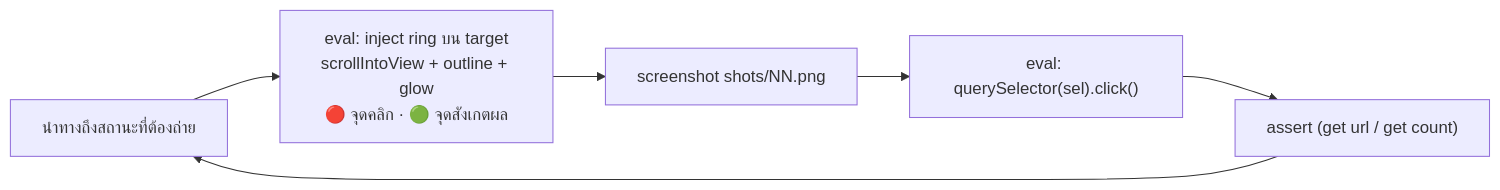
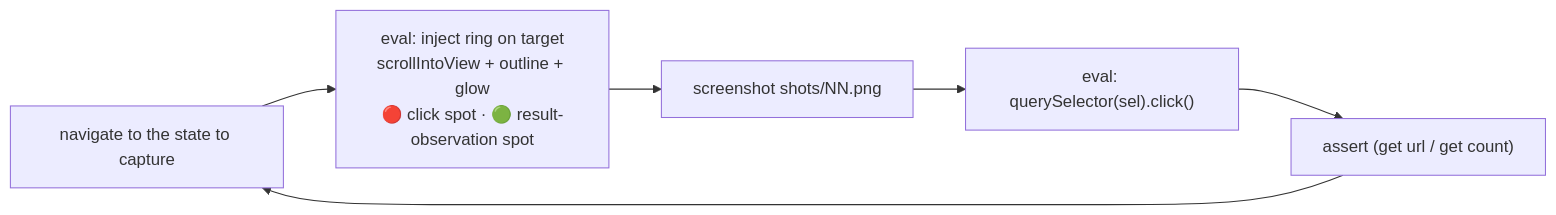
The fifth of 5 diagrams in docs/ARCHITECTURE.md (wichtking/agent-browser-qa), drawn with Mermaid before and after one commit. The commit also changed other lines of this file and 6 other files, not shown here.

````diff
--- a/docs/ARCHITECTURE.md
+++ b/docs/ARCHITECTURE.md
@@ -113,8 +115,8 @@
 ```mermaid
 flowchart LR
-    nav["นำทางถึงสถานะที่ต้องถ่าย"] --> hl["eval: inject ring บน target<br/>scrollIntoView + outline + glow<br/>🔴 จุดคลิก · 🟢 จุดสังเกตผล"]
+    nav["navigate to the state to capture"] --> hl["eval: inject ring on target<br/>scrollIntoView + outline + glow<br/>🔴 click spot · 🟢 result-observation spot"]
     hl --> shot["screenshot shots/NN.png"]
     shot --> act["eval: querySelector(sel).click()"]
     act --> asrt["assert (get url / get count)"]
     asrt --> nav
 ```
````
